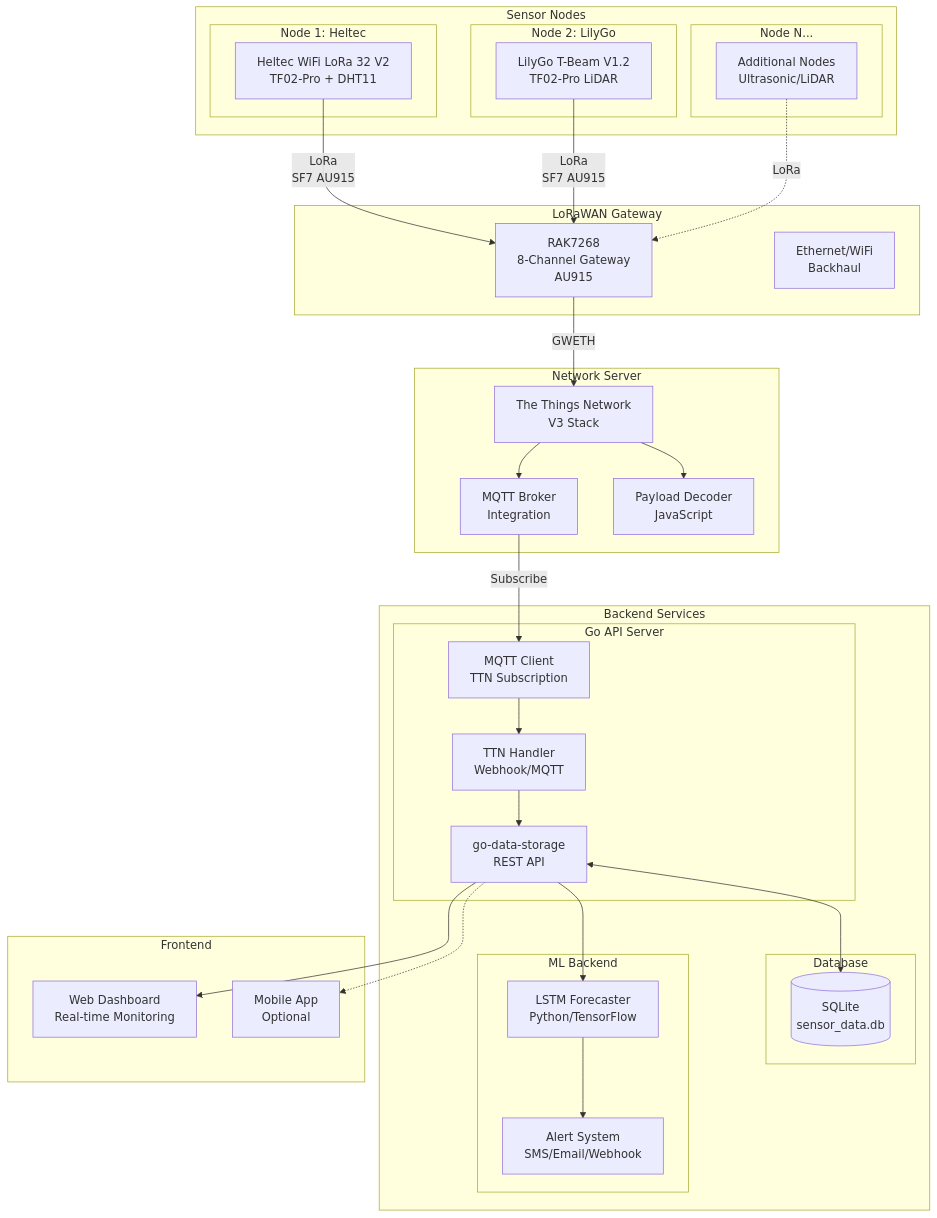
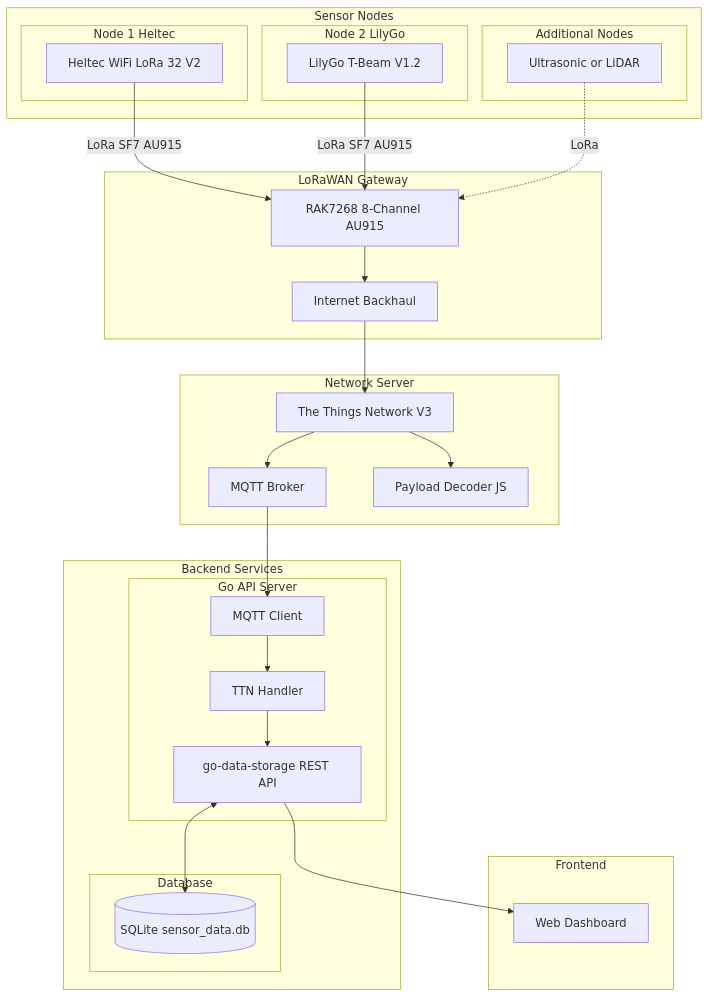
The fifth of 10 diagrams in docs/architecture-diagrams.md (Klausdk1999/lora-modules), drawn with Mermaid before and after one commit. The commit also changed other lines of this file, not shown here.

First line of the commit message:
Refactor architecture diagrams for clarity and consistency

````diff
--- a/docs/architecture-diagrams.md
+++ b/docs/architecture-diagrams.md
@@ -230,62 +222,54 @@
 ```mermaid
 graph TB
-    subgraph "Sensor Nodes"
-        subgraph "Node 1: Heltec"
-            H1[Heltec WiFi LoRa 32 V2<br/>TF02-Pro + DHT11]
+    subgraph SensorNodes[Sensor Nodes]
+        subgraph Node1[Node 1 Heltec]
+            H1[Heltec WiFi LoRa 32 V2]
         end
-        subgraph "Node 2: LilyGo"
-            L1[LilyGo T-Beam V1.2<br/>TF02-Pro LiDAR]
+        subgraph Node2[Node 2 LilyGo]
+            L1[LilyGo T-Beam V1.2]
         end
-        subgraph "Node N..."
-            N1[Additional Nodes<br/>Ultrasonic/LiDAR]
+        subgraph NodeN[Additional Nodes]
+            N1[Ultrasonic or LiDAR]
         end
     end
 
-    subgraph "LoRaWAN Gateway"
-        GW[RAK7268<br/>8-Channel Gateway<br/>AU915]
-        GWETH[Ethernet/WiFi<br/>Backhaul]
+    subgraph GatewayInfra[LoRaWAN Gateway]
+        GW[RAK7268 8-Channel AU915]
+        BACKHAUL[Internet Backhaul]
     end
 
-    subgraph "Network Server"
-        TTN[The Things Network<br/>V3 Stack]
-        MQTT_TTN[MQTT Broker<br/>Integration]
-        DECODER[Payload Decoder<br/>JavaScript]
+    subgraph NetworkServer[Network Server]
+        TTN[The Things Network V3]
+        MQTT_TTN[MQTT Broker]
+        DECODER[Payload Decoder JS]
     end
 
-    subgraph "Backend Services"
-        subgraph "Go API Server"
-            API[go-data-storage<br/>REST API]
-            MQTT_CLIENT[MQTT Client<br/>TTN Subscription]
-            TTN_HANDLER[TTN Handler<br/>Webhook/MQTT]
+    subgraph Backend[Backend Services]
+        subgraph GoAPI[Go API Server]
+            API[go-data-storage REST API]
+            MQTT_CLIENT[MQTT Client]
+            TTN_HANDLER[TTN Handler]
         end
 
-        subgraph "Database"
-            SQLITE[(SQLite<br/>sensor_data.db)]
-        end
-
-        subgraph "ML Backend"
-            LSTM[LSTM Forecaster<br/>Python/TensorFlow]
-            ALERT[Alert System<br/>SMS/Email/Webhook]
+        subgraph Database[Database]
+            SQLITE[(SQLite sensor_data.db)]
         end
     end
 
-    subgraph "Frontend"
-        DASH[Web Dashboard<br/>Real-time Monitoring]
-        MOBILE[Mobile App<br/>Optional]
+    subgraph Frontend[Frontend]
+        DASH[Web Dashboard]
     end
 
-    H1 -->|LoRa<br/>SF7 AU915| GW
-    L1 -->|LoRa<br/>SF7 AU915| GW
+    H1 -->|LoRa SF7 AU915| GW
+    L1 -->|LoRa SF7 AU915| GW
     N1 -.->|LoRa| GW
-    GW -->|GWETH| TTN
+    GW --> BACKHAUL
+    BACKHAUL --> TTN
     TTN --> MQTT_TTN
     TTN --> DECODER
-    MQTT_TTN -->|Subscribe| MQTT_CLIENT
+    MQTT_TTN --> MQTT_CLIENT
     MQTT_CLIENT --> TTN_HANDLER
     TTN_HANDLER --> API
     API <--> SQLITE
-    API --> LSTM
-    LSTM --> ALERT
     API --> DASH
-    API -.-> MOBILE
 ```
````
